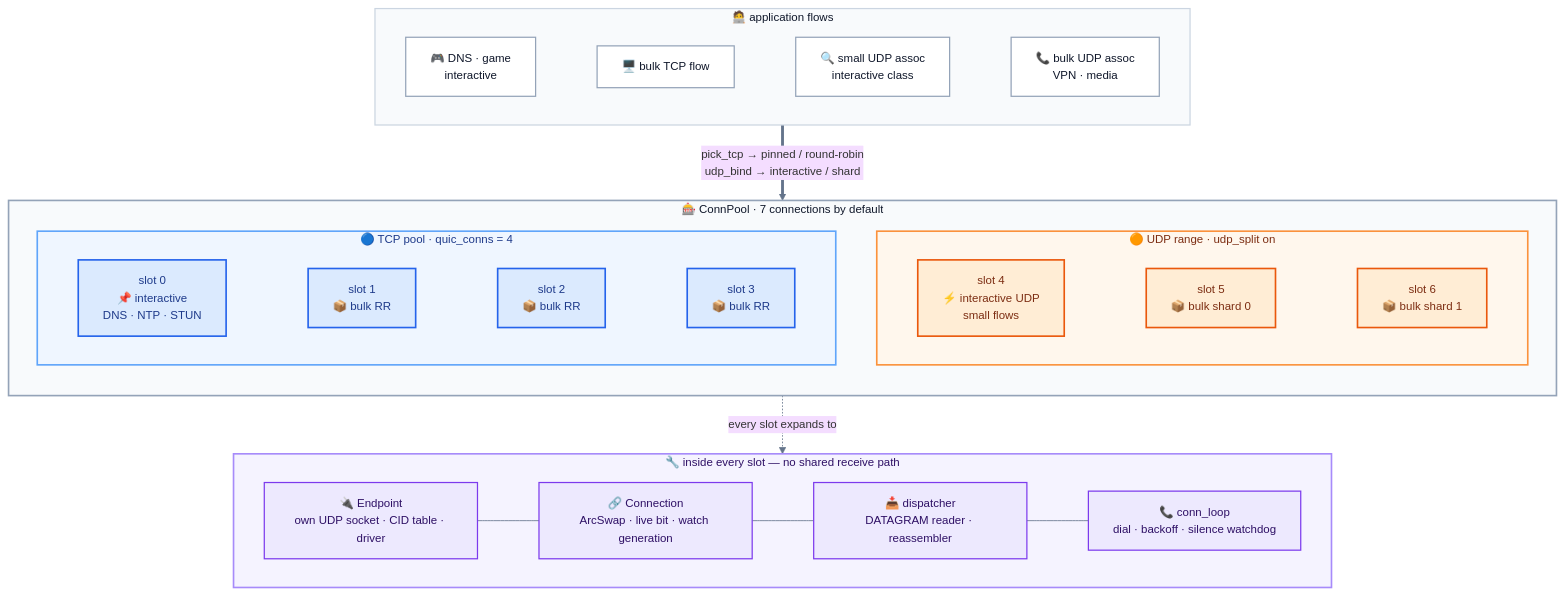
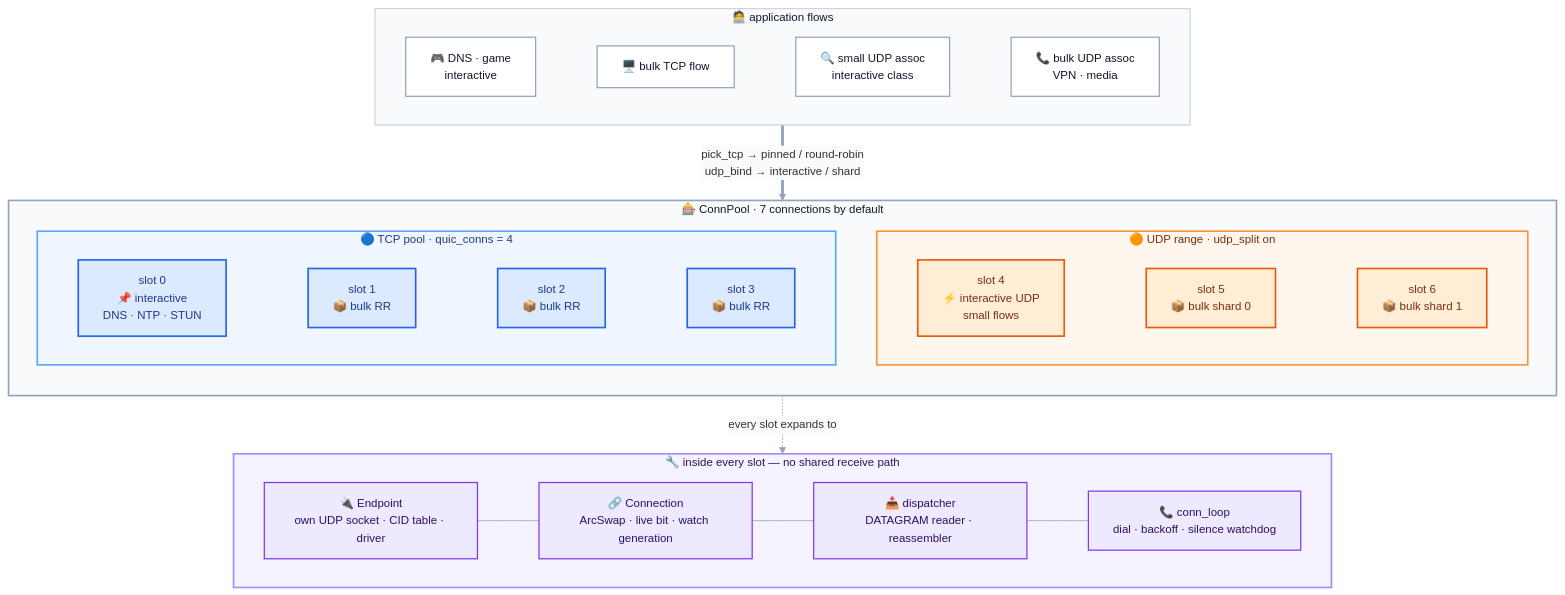
Diagram 11 of 31 in README.md (Terutoki/MyQUIC2), drawn with Mermaid before and after one commit. The commit also changed other lines of this file and 14 other files, not shown here.

First line of the commit message:
docs(readme): remove static art and redraw Mermaid atlas

````diff
--- a/README.md
+++ b/README.md
@@ -1279,53 +1295,55 @@
 ```mermaid
-%%{init: {"theme":"base","themeVariables":{"fontSize":"14px","lineColor":"#64748b"}}}%%
+%%{init: {"theme":"base","themeVariables":{"fontSize":"14px","lineColor":"#94a3b8","textColor":"#0f172a","edgeLabelBackground":"#f8fafc"}}}%%
 flowchart TB
+    accTitle: Connection pool panorama
+    accDescr: Four TCP slots and three UDP slots separate interactive and bulk traffic, and every slot owns an endpoint, connection, dispatcher, and connection loop.
     subgraph APPS["🧑‍💻  application flows"]
         direction LR
         APP2["🎮 DNS · game<br/>interactive"]
         APP1["🖥️ bulk TCP flow"]
         APP4["🔍 small UDP assoc<br/>interactive class"]
         APP3["📞 bulk UDP assoc<br/>VPN · media"]
         APP2 ~~~ APP1 ~~~ APP4 ~~~ APP3
     end
     subgraph POOL["🎰  ConnPool · 7 connections by default"]
         direction TB
         subgraph UDPR["🟠 UDP range · udp_split on"]
             direction LR
             U0["slot 4<br/>⚡ interactive UDP<br/>small flows"]
             U1["slot 5<br/>📦 bulk shard 0"]
             U2["slot 6<br/>📦 bulk shard 1"]
             U0 ~~~ U1 ~~~ U2
         end
         subgraph TCP["🔵 TCP pool · quic_conns = 4"]
             direction LR
             T0["slot 0<br/>📌 interactive<br/>DNS · NTP · STUN"]
             T1["slot 1<br/>📦 bulk RR"]
             T2["slot 2<br/>📦 bulk RR"]
             T3["slot 3<br/>📦 bulk RR"]
             T0 ~~~ T1 ~~~ T2 ~~~ T3
         end
     end
     subgraph SLOT["🔧  inside every slot — no shared receive path"]
         direction LR
         EP["🔌 Endpoint<br/>own UDP socket · CID table · driver"]
         CN["🔗 Connection<br/>ArcSwap · live bit · watch generation"]
         DL["📥 dispatcher<br/>DATAGRAM reader · reassembler"]
         LP["📞 conn_loop<br/>dial · backoff · silence watchdog"]
         EP --- CN --- DL --- LP
     end
     APPS ==>|"pick_tcp → pinned / round-robin<br/>udp_bind → interactive / shard"| POOL
     POOL -.->|"every slot expands to"| SLOT
     style APPS fill:#f8fafc,stroke:#cbd5e1,stroke-width:1.5px,color:#0f172a
     style POOL fill:#f8fafc,stroke:#94a3b8,stroke-width:2px,color:#0f172a
     style TCP fill:#eff6ff,stroke:#60a5fa,stroke-width:2px,color:#1e3a8a
     style UDPR fill:#fff7ed,stroke:#fb923c,stroke-width:2px,color:#7c2d12
     style SLOT fill:#f5f3ff,stroke:#a78bfa,stroke-width:2px,color:#2e1065
-    classDef tcp fill:#dbeafe,stroke:#2563eb,stroke-width:2px,color:#1e3a8a
-    classDef udp fill:#ffedd5,stroke:#ea580c,stroke-width:2px,color:#7c2d12
-    classDef infra fill:#ede9fe,stroke:#7c3aed,stroke-width:1.5px,color:#2e1065
+    classDef wire fill:#dbeafe,stroke:#2563eb,stroke-width:2px,color:#1e3a8a
+    classDef exit fill:#ffedd5,stroke:#ea580c,stroke-width:2px,color:#7c2d12
+    classDef note fill:#ede9fe,stroke:#7c3aed,stroke-width:1.5px,color:#2e1065
     classDef app fill:#ffffff,stroke:#94a3b8,stroke-width:1.5px,color:#0f172a
-    class T0,T1,T2,T3 tcp
-    class U0,U1,U2 udp
-    class EP,CN,DL,LP infra
+    class T0,T1,T2,T3 wire
+    class U0,U1,U2 exit
+    class EP,CN,DL,LP note
     class APP1,APP2,APP3,APP4 app
 ```
````
